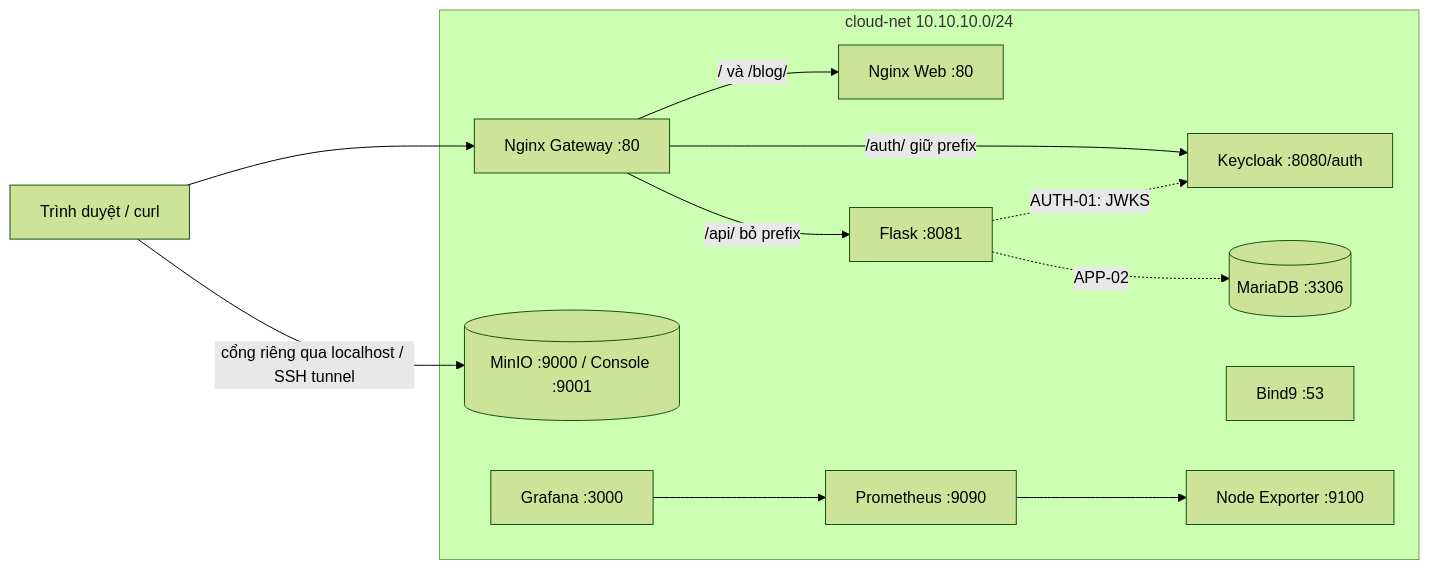
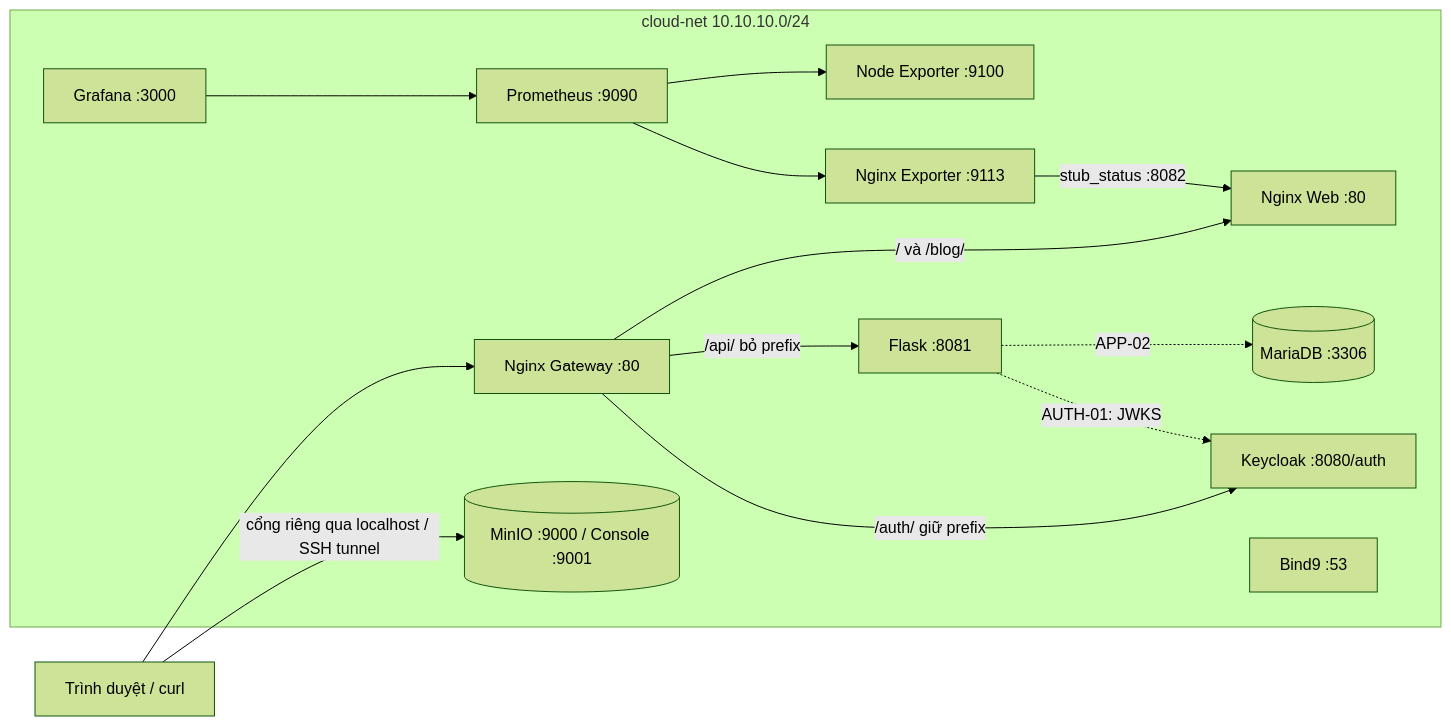
Before and after one commit to datphan3201/TDTU-CLOUD-2026: the diagram in docs/ARCHITECTURE.md, drawn with Mermaid (forest theme). The commit also changed other lines of this file and 9 other files, not shown here.

````diff
--- a/docs/ARCHITECTURE.md
+++ b/docs/ARCHITECTURE.md
@@ -5,16 +5,18 @@
 ```mermaid
 flowchart LR
     browser[Trình duyệt / curl] --> gateway[Nginx Gateway :80]
     subgraph cloud-net [cloud-net 10.10.10.0/24]
         gateway -->|/ và /blog/| web[Nginx Web :80]
         gateway -->|/api/ bỏ prefix| app[Flask :8081]
         gateway -->|/auth/ giữ prefix| auth[Keycloak :8080/auth]
         app -. APP-02 .-> db[(MariaDB :3306)]
         app -. AUTH-01: JWKS .-> auth
         dns[Bind9 :53]
         storage[(MinIO :9000 / Console :9001)]
         prom[Prometheus :9090] --> node[Node Exporter :9100]
+        prom --> exporter[Nginx Exporter :9113]
+        exporter -->|stub_status :8082| web
         grafana[Grafana :3000] --> prom
     end
     browser -->|cổng riêng qua localhost / SSH tunnel| storage
 ```
````
